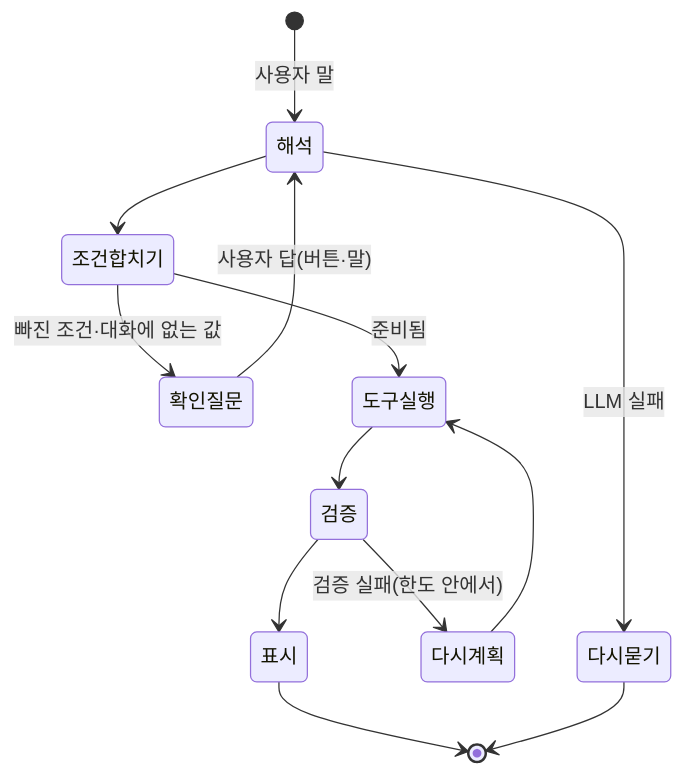
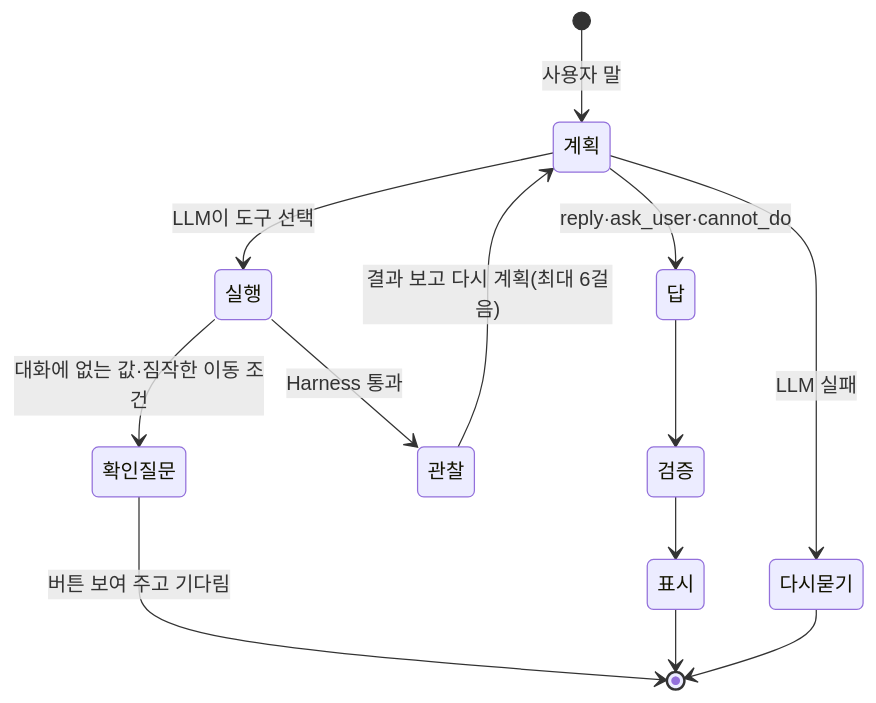
Before and after one commit to homilpat/jeju_agent: the third of 3 diagrams in docs/PROPOSAL.md, drawn with Mermaid. The commit also changed other lines of this file and 1 other file, not shown here.

Commit message:
docs: 기획서를 LLM 루프 구조로 갱신(도구 15개·Workflow·자율 범위), 필수 데이터 이용조건 열; README에 제출물 안내·사용자 매뉴얼·자주 생기는 문제

````diff
--- a/docs/PROPOSAL.md
+++ b/docs/PROPOSAL.md
@@ -197,15 +195,15 @@
 ```mermaid
 stateDiagram-v2
-  [*] --> 해석: 사용자 말
-  해석 --> 다시묻기: LLM 실패
-  해석 --> 조건합치기
-  조건합치기 --> 확인질문: 빠진 조건·대화에 없는 값
-  확인질문 --> 해석: 사용자 답(버튼·말)
-  조건합치기 --> 도구실행: 준비됨
-  도구실행 --> 검증
-  검증 --> 다시계획: 검증 실패(한도 안에서)
-  다시계획 --> 도구실행
+  [*] --> 계획: 사용자 말
+  계획 --> 실행: LLM이 도구 선택
+  실행 --> 확인질문: 대화에 없는 값·짐작한 이동 조건
+  확인질문 --> [*]: 버튼 보여 주고 기다림
+  실행 --> 관찰: Harness 통과
+  관찰 --> 계획: 결과 보고 다시 계획(최대 6걸음)
+  계획 --> 답: reply·ask_user·cannot_do
+  계획 --> 다시묻기: LLM 실패
+  답 --> 검증
   검증 --> 표시
   표시 --> [*]
   다시묻기 --> [*]
 ```
````
